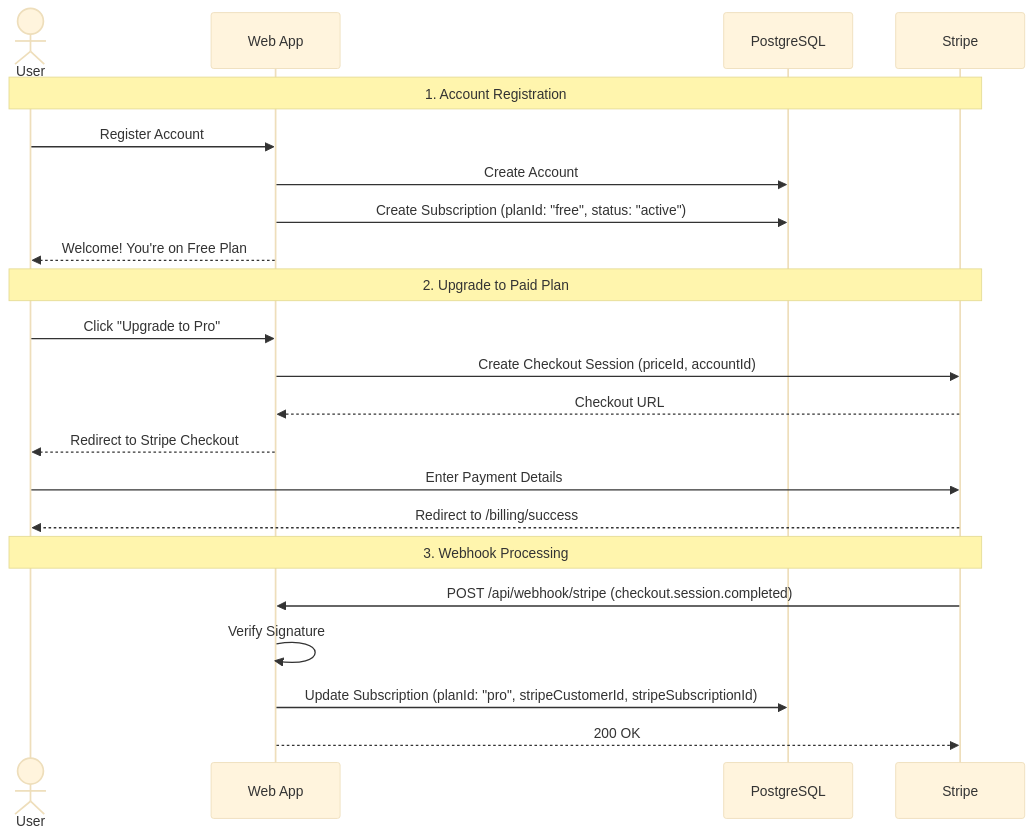
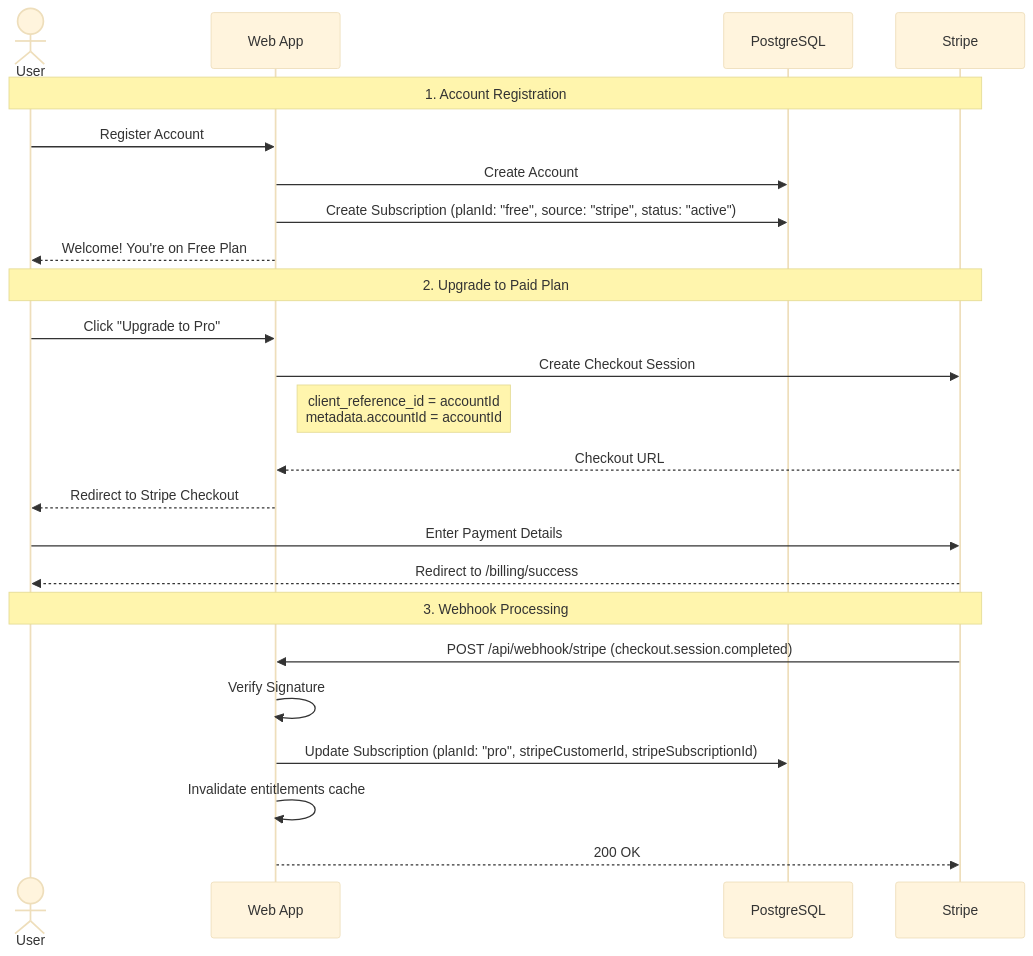
The fourth of 7 diagrams in docs/architecture/business/SUBSCRIPTIONS.md (Tis1201/data_fs04), drawn with Mermaid (base theme) before and after one commit. The commit also changed other lines of this file, not shown here.

Commit message:
docs: Enhance subscription design with plan codes, license source, override limits, and refined entitlement logic.

````diff
--- a/docs/architecture/business/SUBSCRIPTIONS.md
+++ b/docs/architecture/business/SUBSCRIPTIONS.md
@@ -189,27 +217,29 @@
 ```mermaid
 sequenceDiagram
     actor User
     participant Web as Web App
     participant DB as PostgreSQL
     participant Stripe
 
     Note over User,Stripe: 1. Account Registration
     User->>Web: Register Account
     Web->>DB: Create Account
-    Web->>DB: Create Subscription (planId: "free", status: "active")
+    Web->>DB: Create Subscription (planId: "free", source: "stripe", status: "active")
     Web-->>User: Welcome! You're on Free Plan
 
     Note over User,Stripe: 2. Upgrade to Paid Plan
     User->>Web: Click "Upgrade to Pro"
-    Web->>Stripe: Create Checkout Session (priceId, accountId)
+    Web->>Stripe: Create Checkout Session
+    Note right of Web: client_reference_id = accountId<br/>metadata.accountId = accountId
     Stripe-->>Web: Checkout URL
     Web-->>User: Redirect to Stripe Checkout
     User->>Stripe: Enter Payment Details
     Stripe-->>User: Redirect to /billing/success
 
     Note over User,Stripe: 3. Webhook Processing
     Stripe->>Web: POST /api/webhook/stripe (checkout.session.completed)
     Web->>Web: Verify Signature
     Web->>DB: Update Subscription (planId: "pro", stripeCustomerId, stripeSubscriptionId)
+    Web->>Web: Invalidate entitlements cache
     Web-->>Stripe: 200 OK
 ```
````
